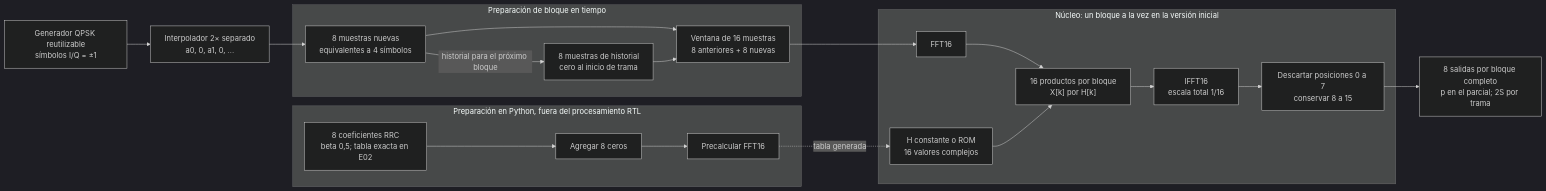
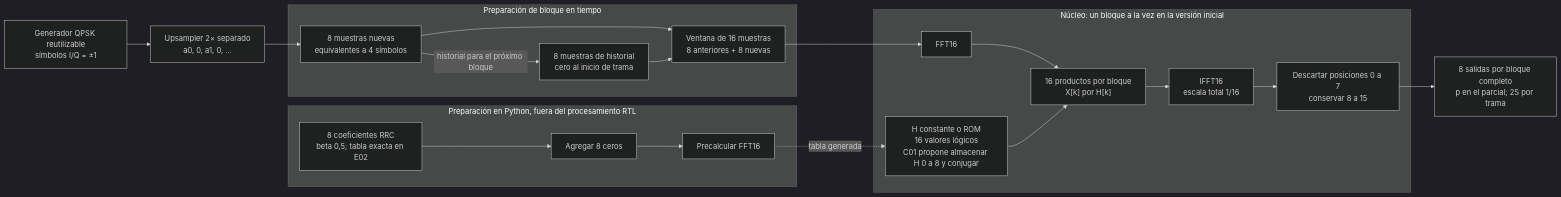
One commit to EnzoFernandezz11/rrc-fir-rtl changed the diagram in docs/frecuencia/general_diagram.md. Above: the diagram before and after it, drawn with Mermaid (dark theme). The commit also changed other lines of this file and 18 other files, not shown here.

````diff
--- a/docs/frecuencia/general_diagram.md
+++ b/docs/frecuencia/general_diagram.md
@@ -5,36 +5,36 @@
 ```mermaid
 flowchart LR
     Q["Generador QPSK reutilizable<br/>símbolos I/Q = ±1"]
-    UP["Interpolador 2× separado<br/>a0, 0, a1, 0, ..."]
+    UP["Upsampler 2× separado<br/>a0, 0, a1, 0, ..."]
     Q --> UP
 
     subgraph T0["Preparación de bloque en tiempo"]
         NEW["8 muestras nuevas<br/>equivalentes a 4 símbolos"]
         HIST["8 muestras de historial<br/>cero al inicio de trama"]
         WIN["Ventana de 16 muestras<br/>8 anteriores + 8 nuevas"]
         NEW --> WIN
         HIST --> WIN
         NEW -->|historial para el próximo bloque| HIST
     end
     UP --> NEW
 
     subgraph OFF["Preparación en Python, fuera del procesamiento RTL"]
         H["8 coeficientes RRC<br/>beta 0,5; tabla exacta en E02"]
         PAD["Agregar 8 ceros"]
         FH["Precalcular FFT16"]
         H --> PAD --> FH
     end
 
     subgraph CORE["Núcleo: un bloque a la vez en la versión inicial"]
         FX["FFT16"]
-        ROM["H constante o ROM<br/>16 valores complejos"]
+        ROM["H constante o ROM<br/>16 valores lógicos<br/>C01 propone almacenar H 0 a 8 y conjugar"]
         MUL["16 productos por bloque<br/>X[k] por H[k]"]
         INV["IFFT16<br/>escala total 1/16"]
         SELECT["Descartar posiciones 0 a 7<br/>conservar 8 a 15"]
         FX --> MUL --> INV --> SELECT
         ROM --> MUL
     end
     WIN --> FX
     FH -.->|tabla generada| ROM
     SELECT --> OUT["8 salidas por bloque completo<br/>p en el parcial; 2S por trama"]
 ```
````
